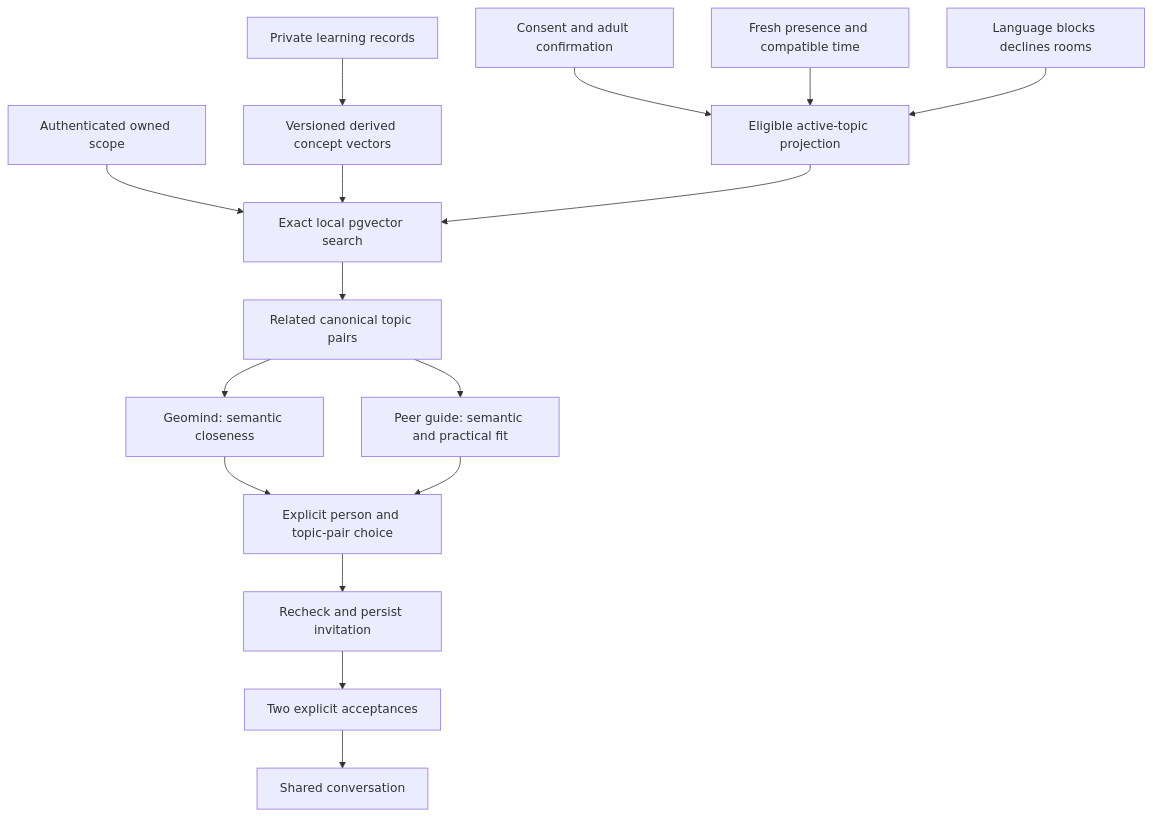
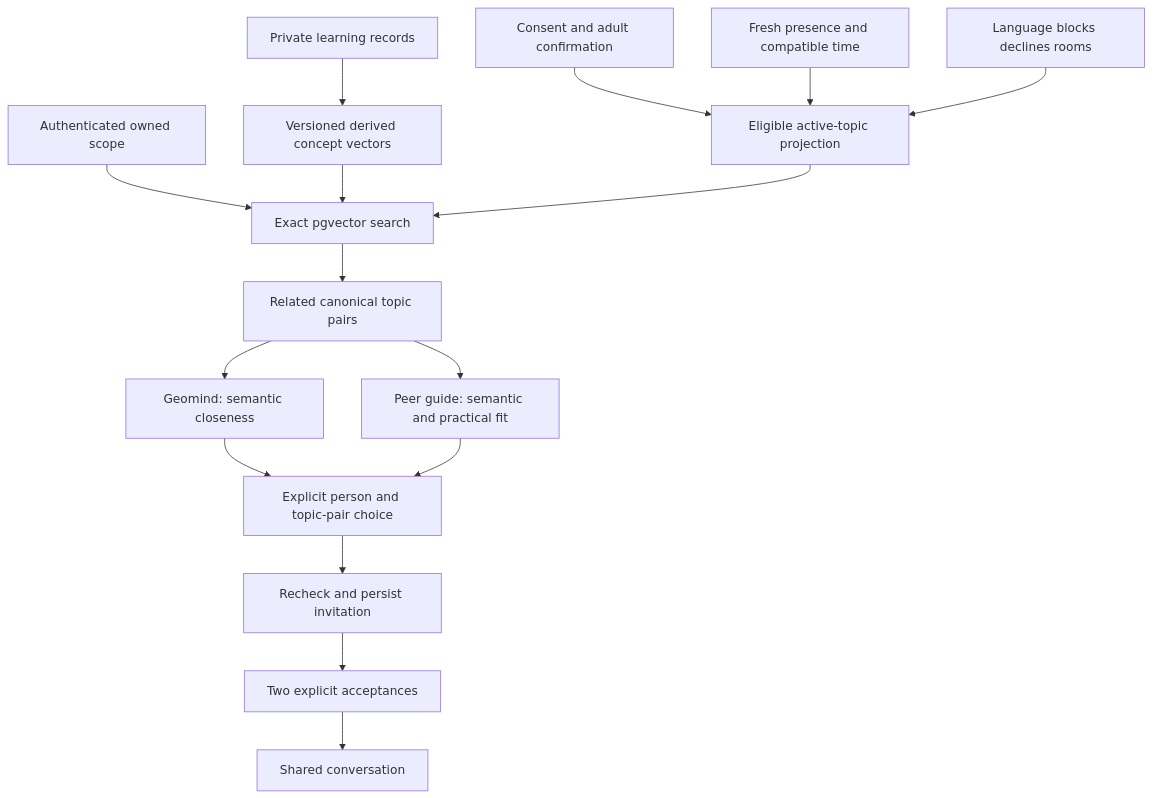
The second of 2 diagrams in docs/GEOMIND.md (manpinder-png/further-final), drawn with Mermaid before and after one commit. The commit also changed other lines of this file and 9 other files, not shown here.

Commit message:
Document Further v5 architecture and peer discovery

````diff
--- a/docs/GEOMIND.md
+++ b/docs/GEOMIND.md
@@ -90,18 +90,18 @@
 ```mermaid
 flowchart TD
   History[Private learning records] --> Index[Versioned derived concept vectors]
-  Scope[Authenticated owned scope] --> Search[Exact local pgvector search]
+  Scope[Authenticated owned scope] --> Search[Exact pgvector search]
   Index --> Search
   Consent[Consent and adult confirmation] --> Eligible[Eligible active-topic projection]
   Presence[Fresh presence and compatible time] --> Eligible
   Rules[Language blocks declines rooms] --> Eligible
   Eligible --> Search
   Search --> Pairs[Related canonical topic pairs]
   Pairs --> Neighborhood[Geomind: semantic closeness]
   Pairs --> Fit[Peer guide: semantic and practical fit]
   Neighborhood --> Choice[Explicit person and topic-pair choice]
   Fit --> Choice
   Choice --> Recheck[Recheck and persist invitation]
   Recheck --> Accept[Two explicit acceptances]
   Accept --> Room[Shared conversation]
 ```
````
